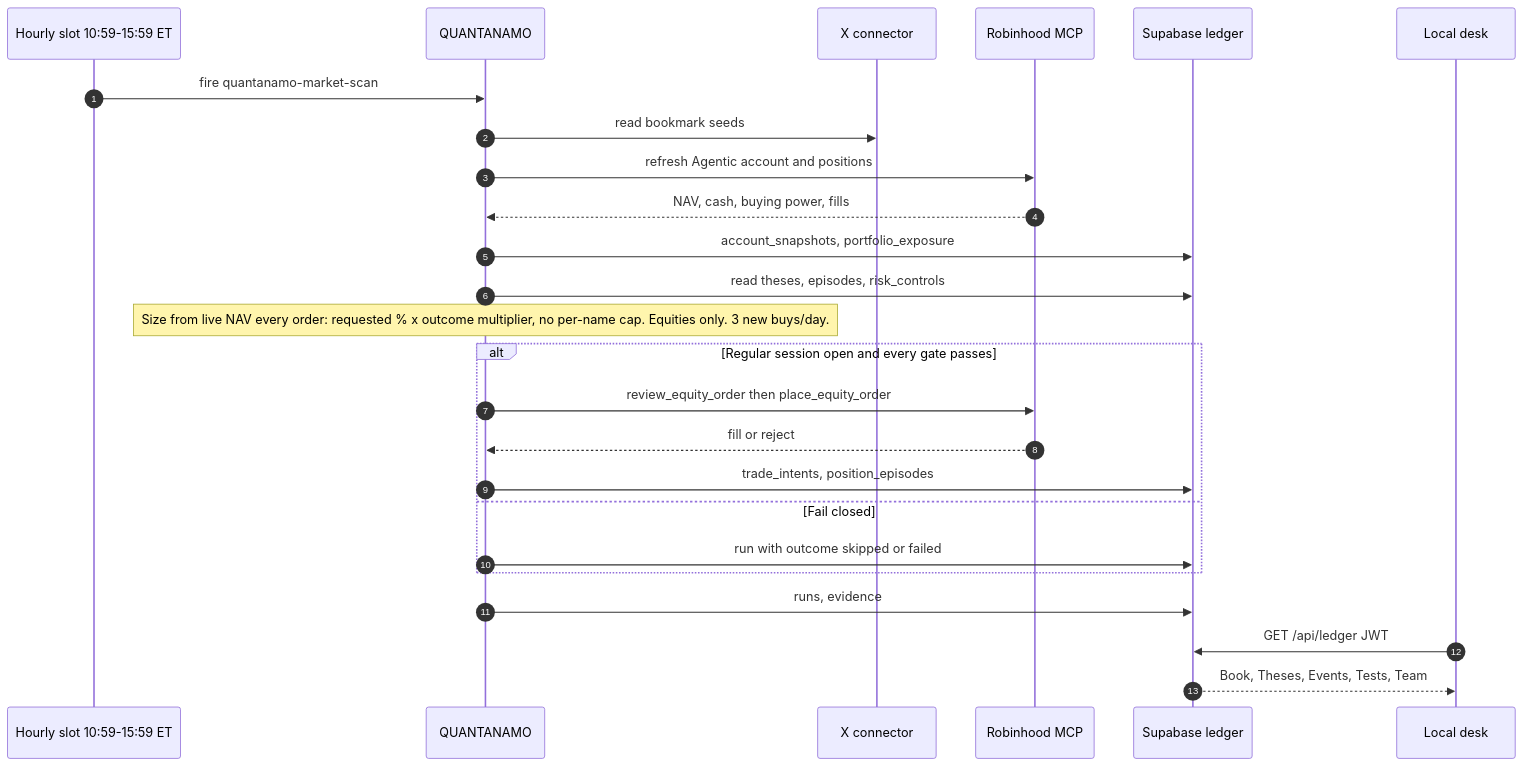
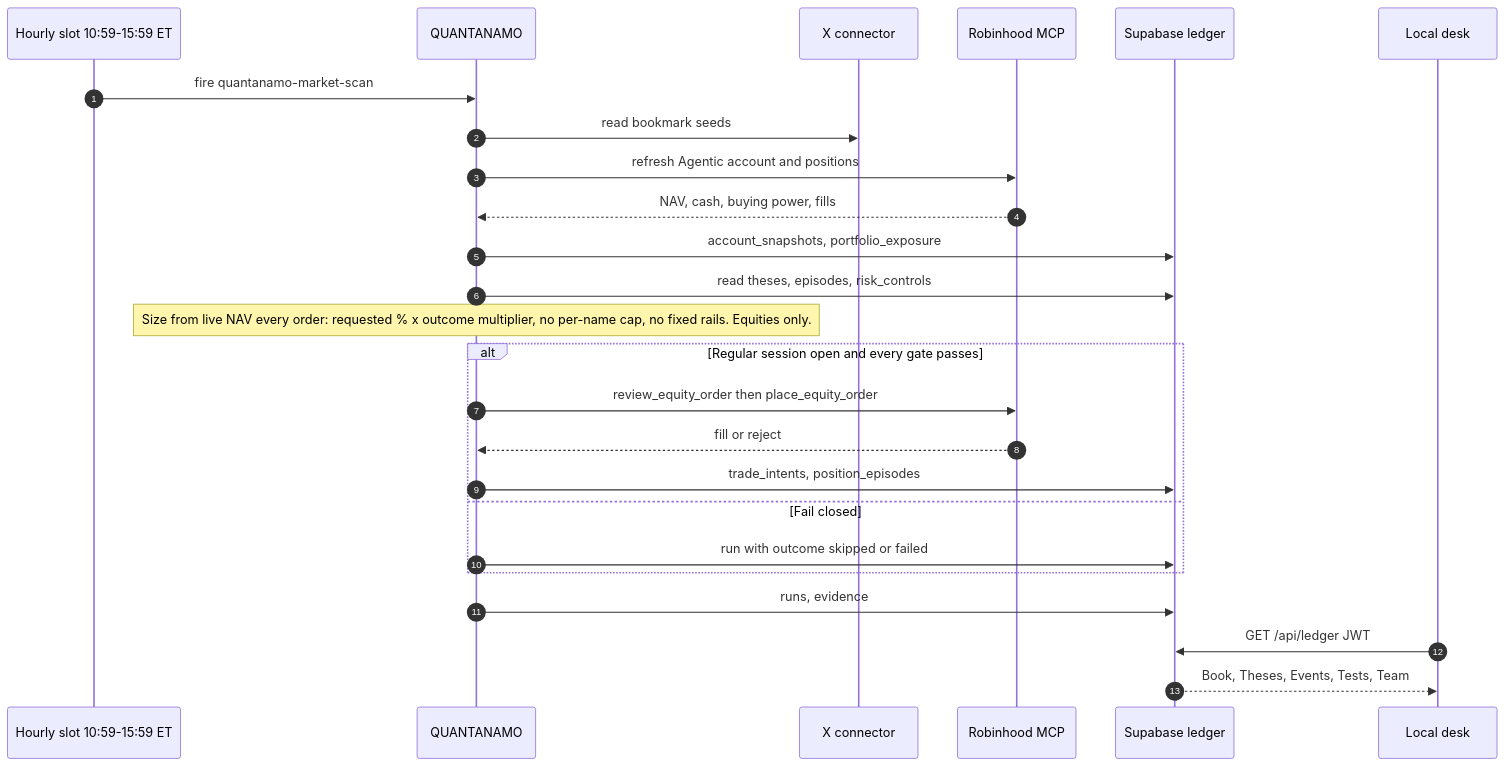
Before and after one commit to dwallach1/grasshopper: the second of 3 diagrams in README.md, drawn with Mermaid. The commit also changed other lines of this file and 23 other files, not shown here.

First line of the commit message:
Outcome thesis sync, SNOW/OCC retro tags, killed-thesis block, kill the old rails (PR 6) (#88)

````diff
--- a/README.md
+++ b/README.md
@@ -73,28 +73,28 @@
 ```mermaid
 sequenceDiagram
   autonumber
   participant Slot as Hourly slot 10:59-15:59 ET
   participant Bot as QUANTANAMO
   participant X as X connector
   participant RH as Robinhood MCP
   participant DB as Supabase ledger
   participant Desk as Local desk
 
   Slot->>Bot: fire quantanamo-market-scan
   Bot->>X: read bookmark seeds
   Bot->>RH: refresh Agentic account and positions
   RH-->>Bot: NAV, cash, buying power, fills
   Bot->>DB: account_snapshots, portfolio_exposure
   Bot->>DB: read theses, episodes, risk_controls
-  Note over Bot: Size from live NAV every order: requested % x outcome multiplier, no per-name cap. Equities only. 3 new buys/day.
+  Note over Bot: Size from live NAV every order: requested % x outcome multiplier, no per-name cap, no fixed rails. Equities only.
   alt Regular session open and every gate passes
     Bot->>RH: review_equity_order then place_equity_order
     RH-->>Bot: fill or reject
     Bot->>DB: trade_intents, position_episodes
   else Fail closed
     Bot->>DB: run with outcome skipped or failed
   end
   Bot->>DB: runs, evidence
   Desk->>DB: GET /api/ledger JWT
   DB-->>Desk: Book, Theses, Events, Tests, Team
 ```
````
